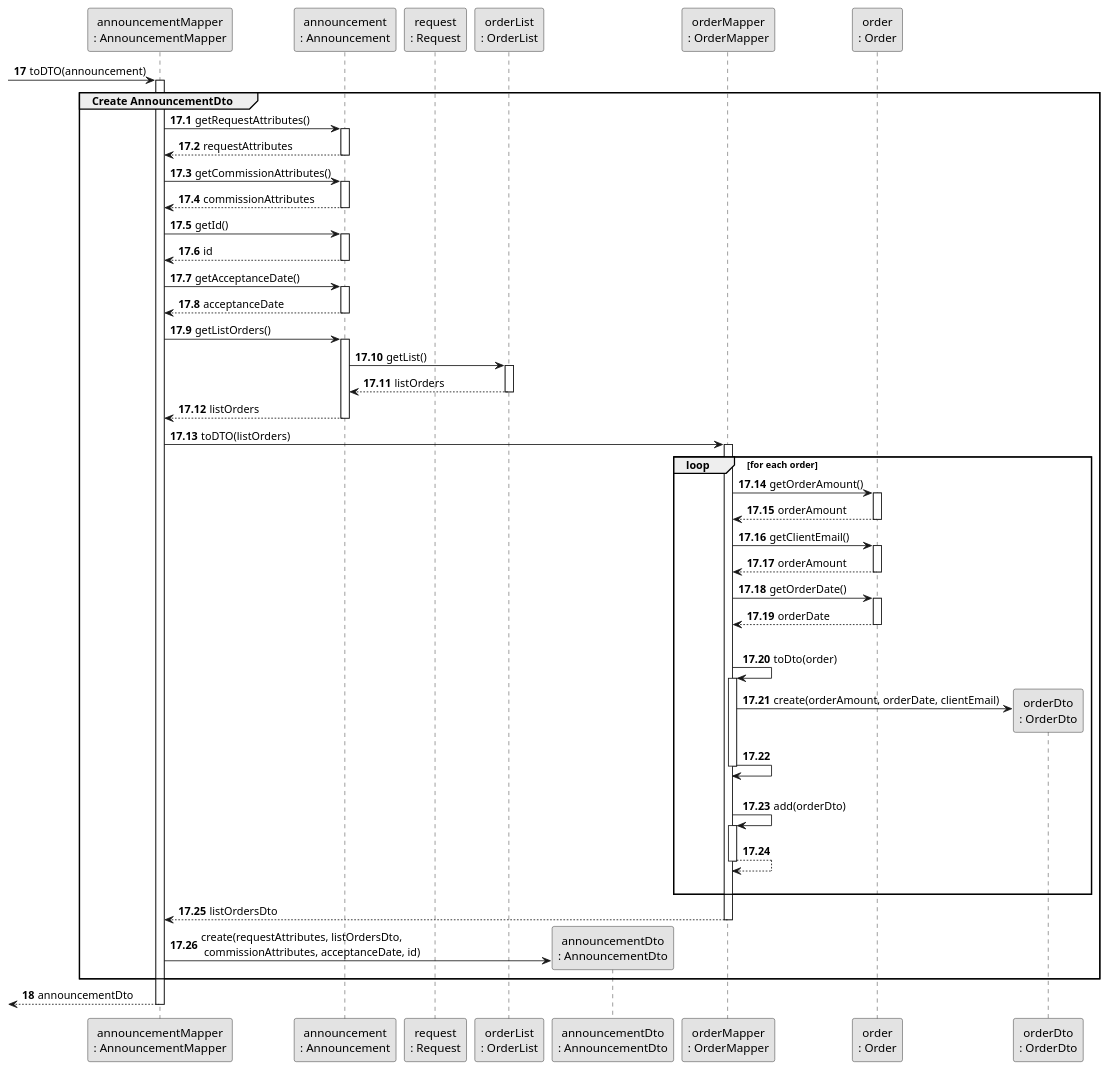
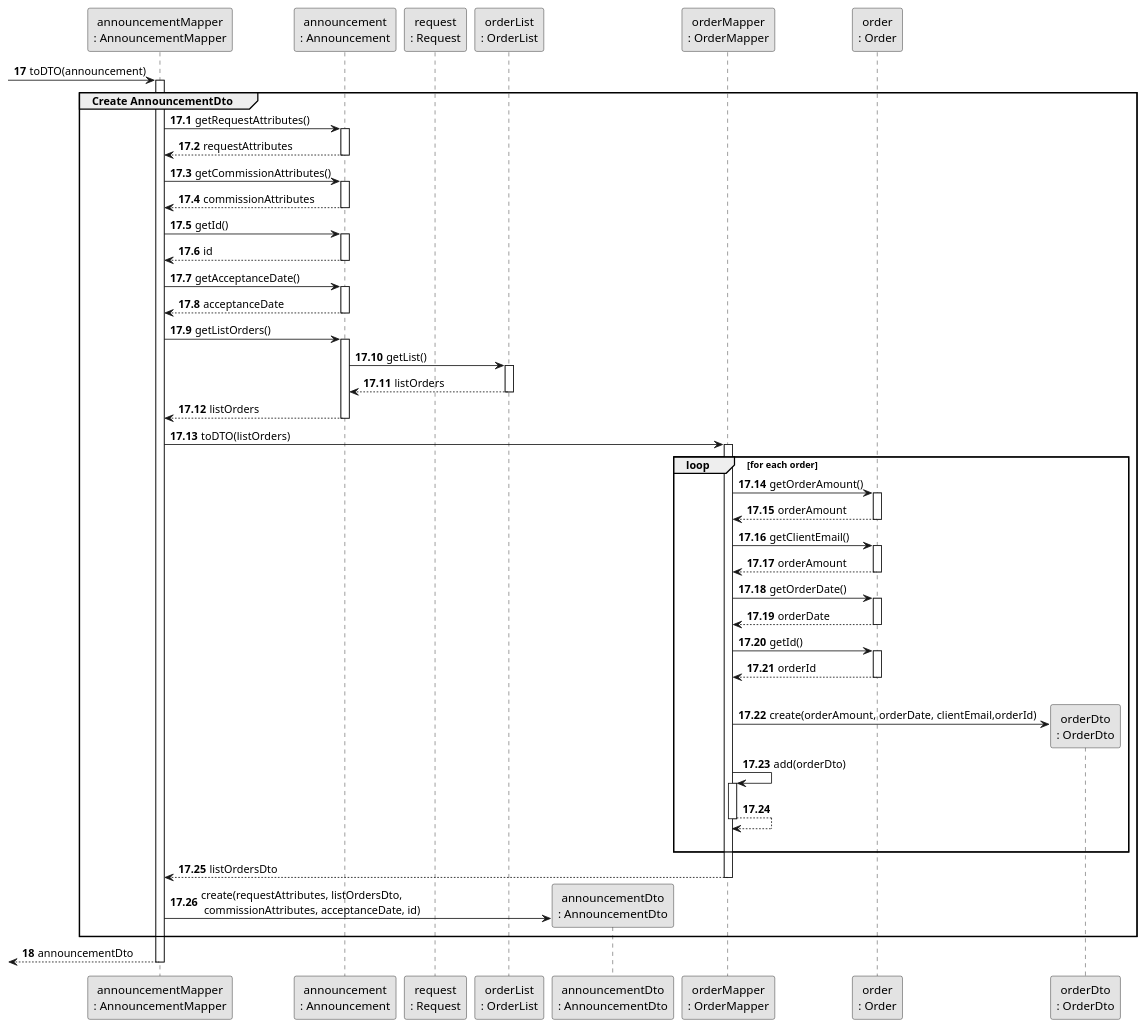
Before and after one commit to rita-barbosa/LAPR2-2223: the diagram in docs/sprintC/us011/03.design/puml/us011-sequence-diagram-partial-create-announcementDto.puml, drawn with PlantUML. The commit also changed 11 other files, not shown here.

Commit message:
Update diagrams: sequence & class [US011][Design][#05 Task]

```diff
--- a/docs/sprintC/us011/03.design/puml/us011-sequence-diagram-partial-create-announcementDto.puml
+++ b/docs/sprintC/us011/03.design/puml/us011-sequence-diagram-partial-create-announcementDto.puml
@@ -1,100 +1,98 @@
 @startuml
 skinparam monochrome true
 skinparam packageStyle rectangle
 skinparam shadowing false
 
 
 
 participant "announcementMapper\n: AnnouncementMapper" as AnnMAPPER
 participant "announcement\n: Announcement" as Announce
 participant "request\n: Request" as Request
 participant "orderList\n: OrderList" as OrderList
 participant "announcementDto\n: AnnouncementDto" as AnnDTO
 participant "orderMapper\n: OrderMapper" as OrderMapper
 participant "order\n: Order" as Order
 participant "orderDto\n: OrderDto" as OrderDTO
 
 
 autonumber 17
          -> AnnMAPPER : toDTO(announcement)
          activate AnnMAPPER
 autonumber 17.1
 group Create AnnouncementDto
 
          AnnMAPPER -> Announce: getRequestAttributes()
          activate Announce
          Announce --> AnnMAPPER : requestAttributes
          deactivate Announce
 
          AnnMAPPER -> Announce: getCommissionAttributes()
          activate Announce
          Announce --> AnnMAPPER : commissionAttributes
          deactivate Announce
 
          AnnMAPPER -> Announce : getId()
          activate Announce
          Announce --> AnnMAPPER : id
          deactivate Announce
 
          AnnMAPPER -> Announce: getAcceptanceDate()
          activate Announce
          Announce --> AnnMAPPER : acceptanceDate
          deactivate Announce
 
          AnnMAPPER -> Announce:  getListOrders()
          activate Announce
          Announce -> OrderList : getList()
          activate OrderList
 
          OrderList --> Announce : listOrders
          deactivate OrderList
          Announce --> AnnMAPPER : listOrders
          deactivate Announce
 
          AnnMAPPER -> OrderMapper : toDTO(listOrders)
          activate OrderMapper
 
                 loop for each order
                      OrderMapper -> Order : getOrderAmount()
                      activate Order
                      Order --> OrderMapper : orderAmount
                      deactivate Order
 
                      OrderMapper -> Order : getClientEmail()
                      activate Order
                      Order --> OrderMapper : orderAmount
                      deactivate Order
 
                      OrderMapper -> Order : getOrderDate()
                      activate Order
                      Order --> OrderMapper : orderDate
                      deactivate Order
 
-                    |||
-                    OrderMapper -> OrderMapper : toDto(order)
-                    activate OrderMapper
+                     OrderMapper -> Order : getId()
+                     activate Order
+                     Order--> OrderMapper: orderId
+                     deactivate Order
+                     |||
+                     OrderMapper -> OrderDTO** : create(orderAmount, orderDate, clientEmail,orderId)
 
-                     OrderMapper -> OrderDTO** : create(orderAmount, orderDate, clientEmail)
-
-                     OrderMapper -> OrderMapper :
-                     deactivate OrderMapper
-                     |||
                      OrderMapper -> OrderMapper : add(orderDto)
                      activate OrderMapper
                      OrderMapper --> OrderMapper
                      deactivate OrderMapper
                 |||
                 end loop
 
          OrderMapper --> AnnMAPPER: listOrdersDto
          deactivate OrderMapper
 
          AnnMAPPER -> AnnDTO**: create(requestAttributes, listOrdersDto,\n commissionAttributes, acceptanceDate, id)
          end group
 
 autonumber 18
 
      <-- AnnMAPPER : announcementDto
      deactivate AnnMAPPER
 
 @enduml
```
